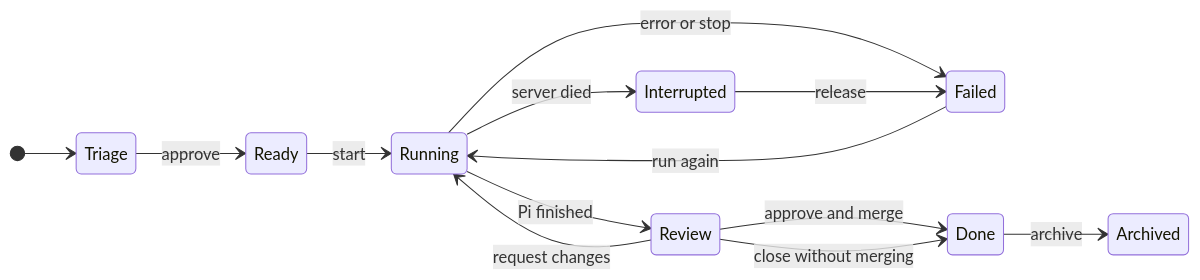
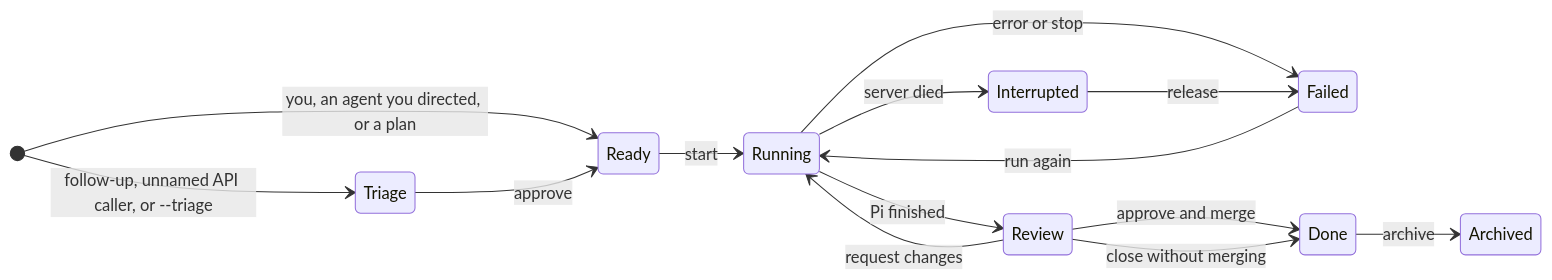
The second of 5 diagrams in docs/reference.md (aglowinthefield/alice), drawn with Mermaid before and after one commit. The commit also changed other lines of this file and 26 other files, not shown here.

````diff
--- a/docs/reference.md
+++ b/docs/reference.md
@@ -86,16 +86,17 @@
 ```mermaid
 stateDiagram-v2
   direction LR
-  [*] --> Triage
+  [*] --> Ready: you, an agent you directed, or a plan
+  [*] --> Triage: follow-up, unnamed API caller, or --triage
   Triage --> Ready: approve
   Ready --> Running: start
   Running --> Review: Pi finished
   Running --> Failed: error or stop
   Running --> Interrupted: server died
   Interrupted --> Failed: release
   Failed --> Running: run again
   Review --> Running: request changes
   Review --> Done: approve and merge
   Review --> Done: close without merging
   Done --> Archived: archive
 ```
````
